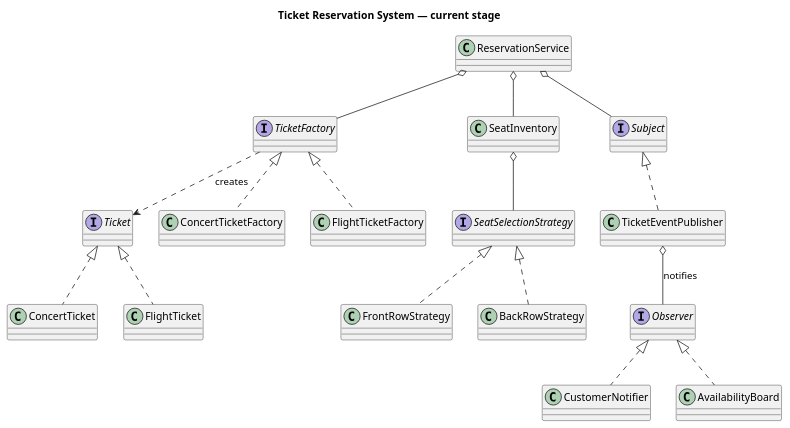
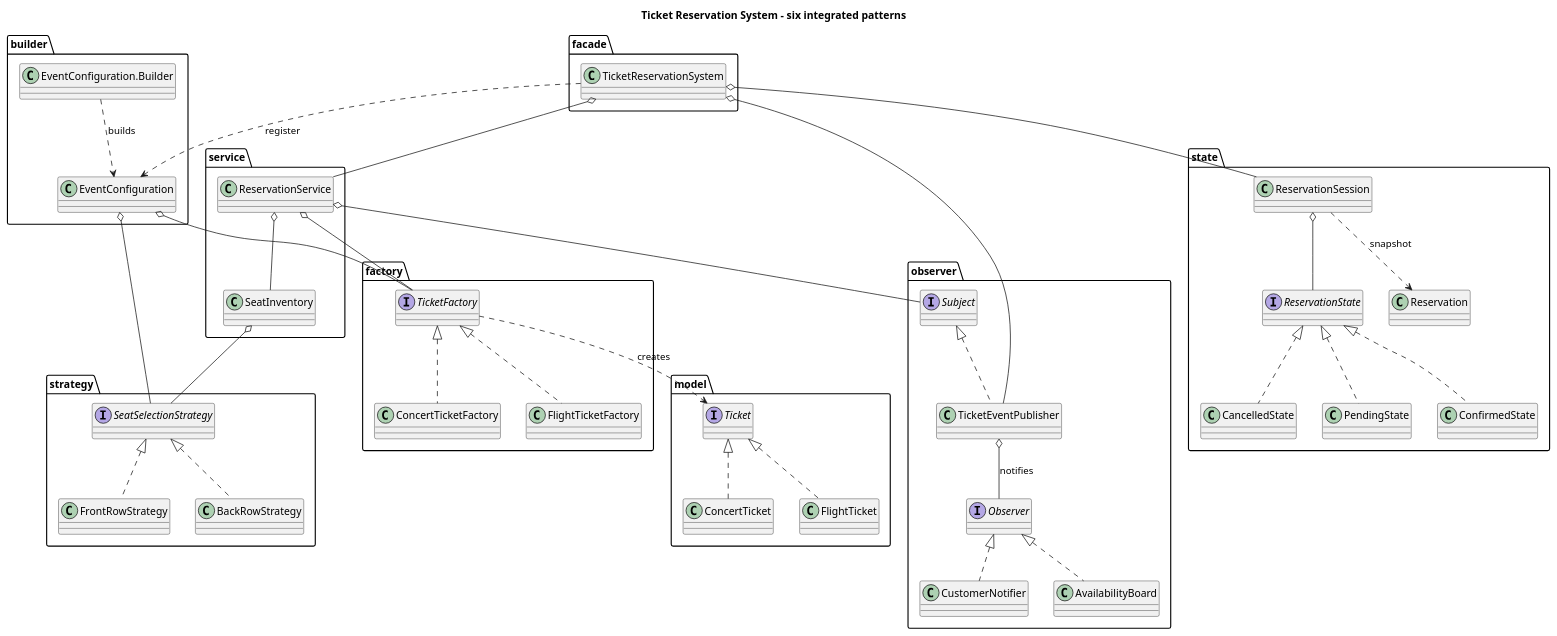
Before and after one commit to Natalyev/sdp-final-: the diagram in docs/class-diagram.puml, drawn with PlantUML. The commit also changed 4 other files, not shown here.

```diff
--- a/docs/class-diagram.puml
+++ b/docs/class-diagram.puml
@@ -1,38 +1,80 @@
 @startuml
-title Ticket Reservation System — current stage
-interface Ticket
-class ConcertTicket
-class FlightTicket
-Ticket <|.. ConcertTicket
-Ticket <|.. FlightTicket
+title Ticket Reservation System - six integrated patterns
+skinparam classAttributeIconSize 0
 
-interface TicketFactory
-class ConcertTicketFactory
-class FlightTicketFactory
-TicketFactory <|.. ConcertTicketFactory
-TicketFactory <|.. FlightTicketFactory
-TicketFactory ..> Ticket : creates
+package model {
+  interface Ticket
+  class ConcertTicket
+  class FlightTicket
+  Ticket <|.. ConcertTicket
+  Ticket <|.. FlightTicket
+}
 
-interface SeatSelectionStrategy
-class FrontRowStrategy
-class BackRowStrategy
-SeatSelectionStrategy <|.. FrontRowStrategy
-SeatSelectionStrategy <|.. BackRowStrategy
-class SeatInventory
-SeatInventory o-- SeatSelectionStrategy
+package factory {
+  interface TicketFactory
+  class ConcertTicketFactory
+  class FlightTicketFactory
+  TicketFactory <|.. ConcertTicketFactory
+  TicketFactory <|.. FlightTicketFactory
+  TicketFactory ..> Ticket : creates
+}
 
-interface Observer
-interface Subject
-class TicketEventPublisher
-class CustomerNotifier
-class AvailabilityBoard
-Subject <|.. TicketEventPublisher
-Observer <|.. CustomerNotifier
-Observer <|.. AvailabilityBoard
-TicketEventPublisher o-- Observer : notifies
+package strategy {
+  interface SeatSelectionStrategy
+  class FrontRowStrategy
+  class BackRowStrategy
+  SeatSelectionStrategy <|.. FrontRowStrategy
+  SeatSelectionStrategy <|.. BackRowStrategy
+}
 
-class ReservationService
-ReservationService o-- TicketFactory
-ReservationService o-- SeatInventory
-ReservationService o-- Subject
+package observer {
+  interface Observer
+  interface Subject
+  class TicketEventPublisher
+  class CustomerNotifier
+  class AvailabilityBoard
+  Subject <|.. TicketEventPublisher
+  Observer <|.. CustomerNotifier
+  Observer <|.. AvailabilityBoard
+  TicketEventPublisher o-- Observer : notifies
+}
+
+package builder {
+  class EventConfiguration
+  class "EventConfiguration.Builder" as EventBuilder
+  EventBuilder ..> EventConfiguration : builds
+  EventConfiguration o-- TicketFactory
+  EventConfiguration o-- SeatSelectionStrategy
+}
+
+package state {
+  interface ReservationState
+  class PendingState
+  class ConfirmedState
+  class CancelledState
+  class ReservationSession
+  class Reservation
+  ReservationState <|.. PendingState
+  ReservationState <|.. ConfirmedState
+  ReservationState <|.. CancelledState
+  ReservationSession o-- ReservationState
+  ReservationSession ..> Reservation : snapshot
+}
+
+package service {
+  class SeatInventory
+  class ReservationService
+  SeatInventory o-- SeatSelectionStrategy
+  ReservationService o-- SeatInventory
+  ReservationService o-- TicketFactory
+  ReservationService o-- Subject
+}
+
+package facade {
+  class TicketReservationSystem
+  TicketReservationSystem o-- ReservationService
+  TicketReservationSystem o-- ReservationSession
+  TicketReservationSystem o-- TicketEventPublisher
+  TicketReservationSystem ..> EventConfiguration : register
+}
 @enduml
```
